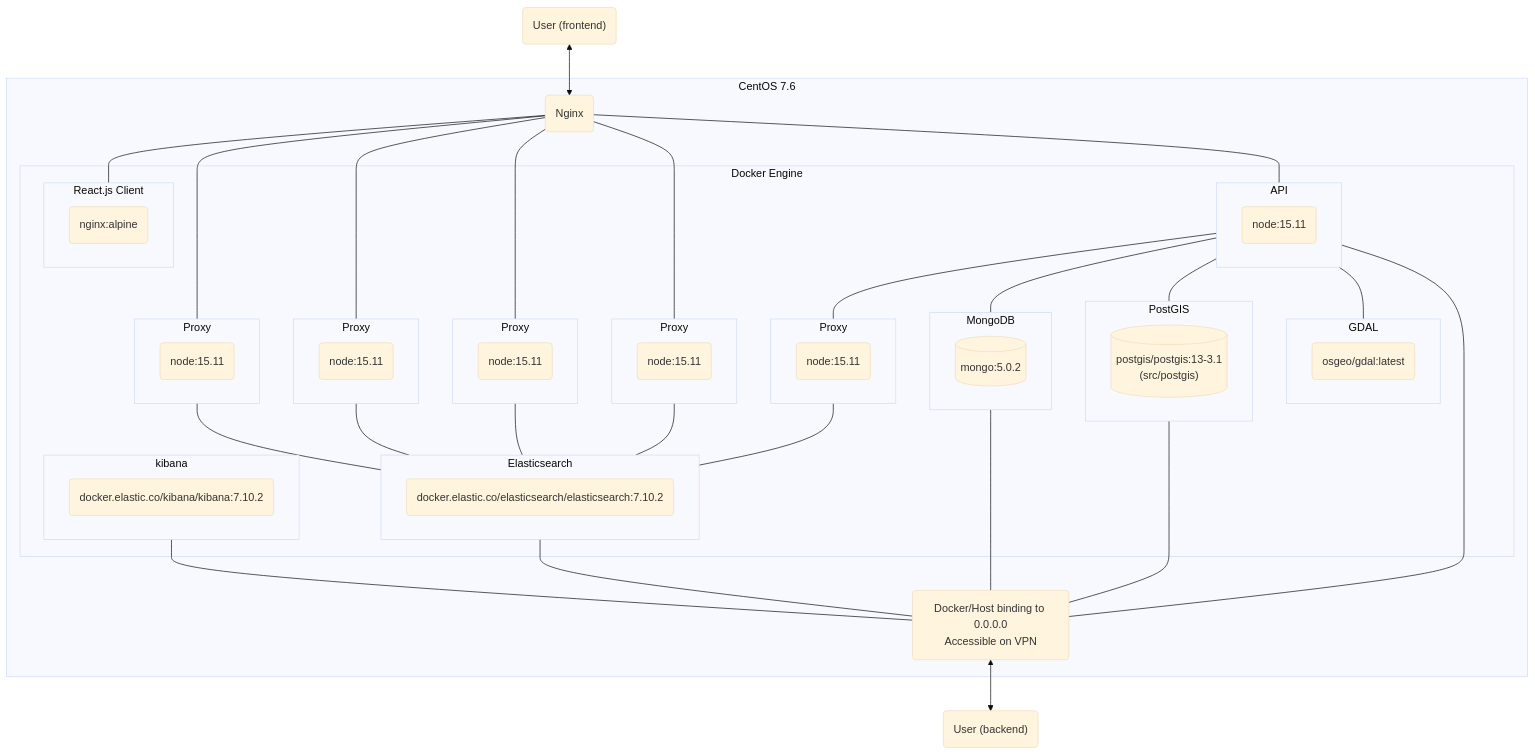
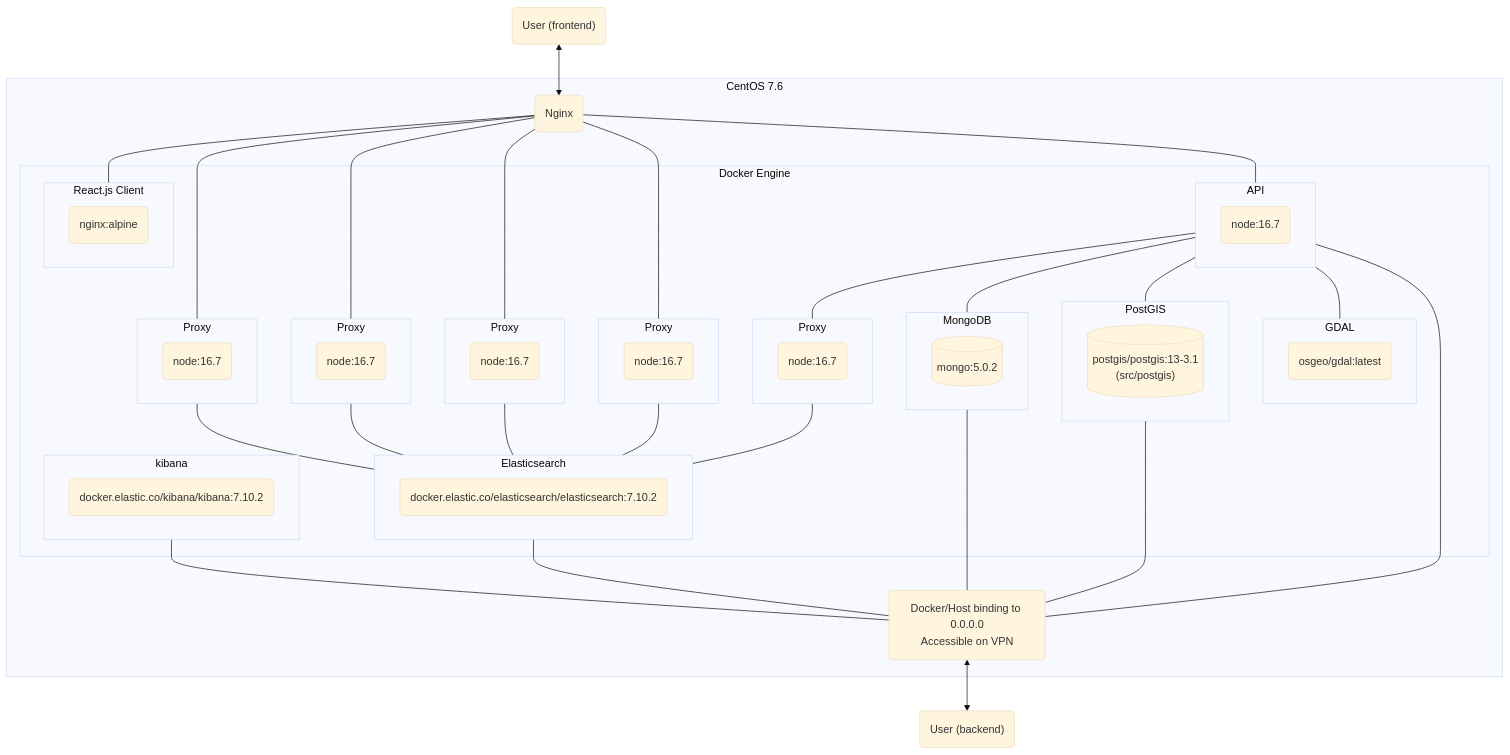
Before and after one commit to SAEON/data-portal: the diagram in diagrams/src/deployment-view.mmd, drawn with Mermaid (base theme). The commit also changed 1 other file, not shown here.

```diff
--- a/diagrams/src/deployment-view.mmd
+++ b/diagrams/src/deployment-view.mmd
@@ -1,78 +1,78 @@
 flowchart TD
 
     User("User (frontend)") <--> nginx
 
     %% CentOS boundary
     subgraph CentOS_boundary ["CentOS 7.6"]
 
         nginx(Nginx)
         nginx --- client_container
         nginx --- proxy_container_2
         nginx --- proxy_container_3
         nginx --- proxy_container_4
         nginx --- proxy_container_5
         proxy_container_2 --- es_container
         proxy_container_3 --- es_container
         proxy_container_4 --- es_container
         proxy_container_5 --- es_container
         nginx --- api_container
 
         %% Docker Engine boundary
         subgraph Docker_boundary ["Docker Engine"]
 
             %% Docker container boundaries
             subgraph client_container [React.js Client]
                 client("nginx:alpine")
             end
             subgraph api_container [API]
-                api("node:15.11")
+                api("node:16.7")
             end
             subgraph proxy_container_1 [Proxy]
-                ClientProxy1("node:15.11")
+                ClientProxy1("node:16.7")
             end     
             subgraph proxy_container_2 [Proxy]
-                ClientProxy2("node:15.11")
+                ClientProxy2("node:16.7")
             end     
             subgraph proxy_container_3 [Proxy]
-                ClientProxy3("node:15.11")
+                ClientProxy3("node:16.7")
             end    
             subgraph proxy_container_4 [Proxy]
-                ClientProxy4("node:15.11")
+                ClientProxy4("node:16.7")
             end
             subgraph proxy_container_5 [Proxy]
-                ApiProxy("node:15.11")
+                ApiProxy("node:16.7")
             end
             subgraph es_container ["Elasticsearch"]
                 Elasticsearch(docker.elastic.co/elasticsearch/elasticsearch:7.10.2)
             end
             subgraph kibana_container[kibana]
                 Kibana("docker.elastic.co/kibana/kibana:7.10.2")
             end
             subgraph mongo_container [MongoDB]
                 Mongo[("mongo:5.0.2")]
             end    
             subgraph postgis_container [PostGIS]
                 PostGIS[("postgis/postgis:13-3.1<br />(src/postgis)")]
             end
             subgraph gdal_container [GDAL]
                 GDAL("osgeo/gdal:latest")
             end
 
             %% Topology
             api_container --- proxy_container_1
             proxy_container_1 --- es_container
             api_container --- mongo_container
             api_container --- postgis_container
             api_container --- gdal_container
 
         end
             
         docker_interface("Docker/Host binding to 0.0.0.0<br />Accessible on VPN")
         api_container --- docker_interface
         mongo_container ---- docker_interface
         postgis_container ---- docker_interface
         es_container --- docker_interface
         kibana_container --- docker_interface
     end
 
     docker_interface <--> User2("User (backend)")
```
